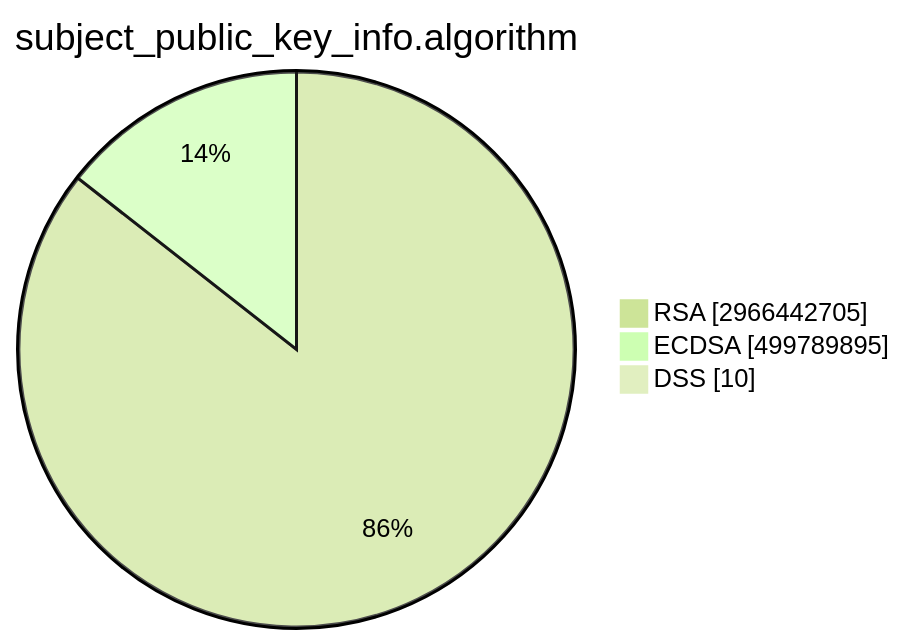
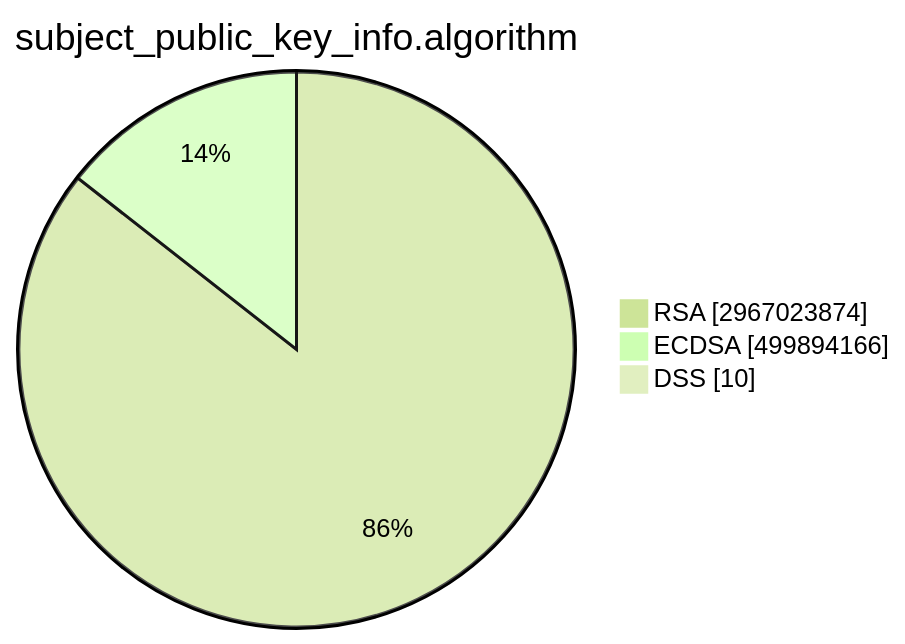
Before and after one commit to christiankrug/ctmonitor_visualization: the second of 15 diagrams in TOTAL/README.md, drawn with Mermaid (forest theme). The commit also changed other lines of this file, not shown here.

````diff
--- a/TOTAL/README.md
+++ b/TOTAL/README.md
@@ -6,7 +6,7 @@
 ```mermaid
 pie showData
 title subject_public_key_info.algorithm
-"RSA" :2966442705
-"ECDSA" :499789895
+"RSA" :2967023874
+"ECDSA" :499894166
 "DSS" :10
 ```
````
